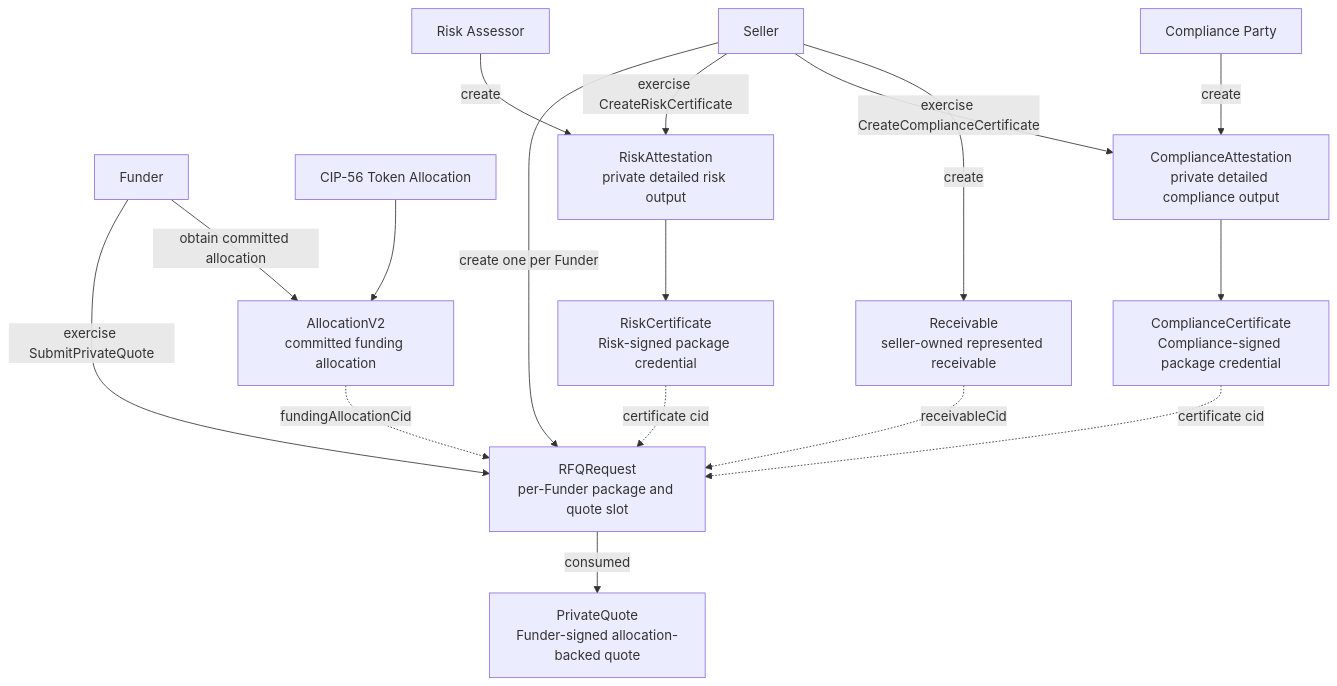
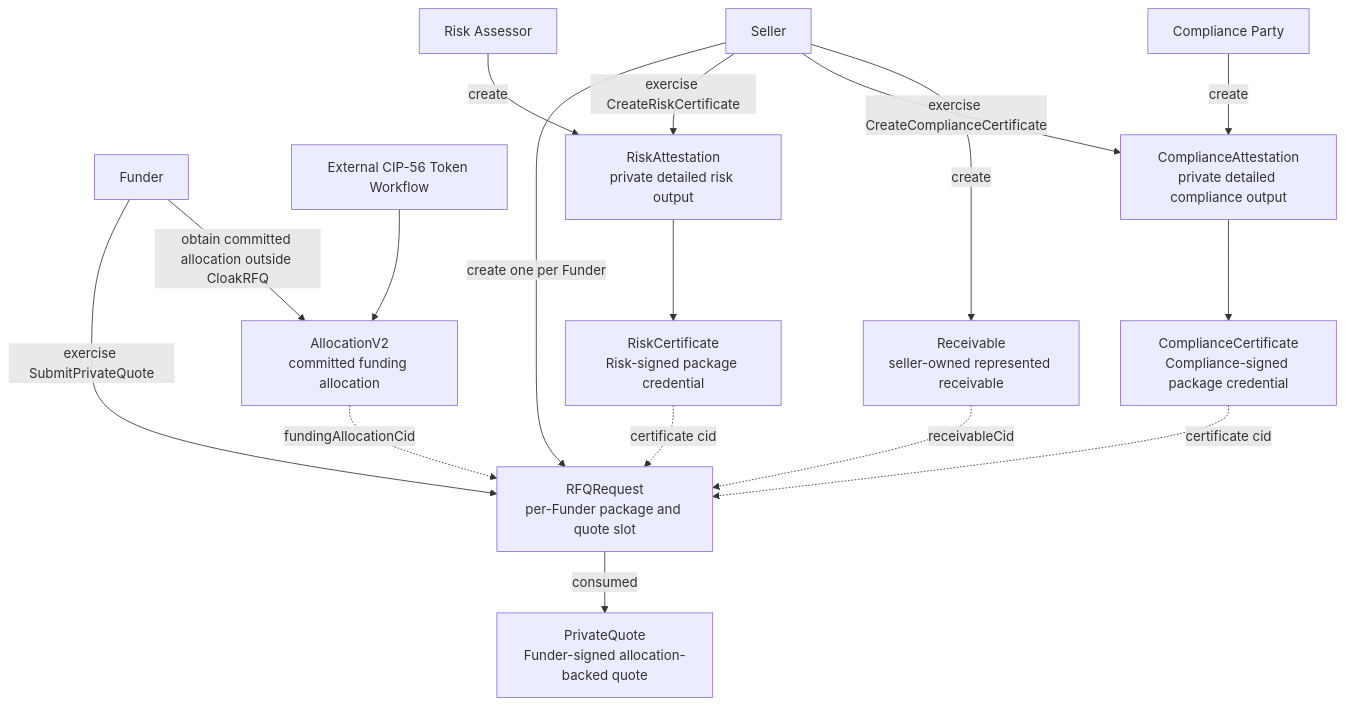
One commit to no-witness-labs/canton-hackathon-cloakRFQ changed the second of 8 diagrams in docs/technical-design/004-workflow-diagrams.md. Above: the diagram before and after it, drawn with Mermaid. The commit also changed other lines of this file, not shown here.

Commit message:
docs: clarify phase 2 workflow diagrams

````diff
--- a/docs/technical-design/004-workflow-diagrams.md
+++ b/docs/technical-design/004-workflow-diagrams.md
@@ -23,36 +23,36 @@
 ```mermaid
 flowchart TD
     Seller["Seller"]
     Compliance["Compliance Party"]
     Risk["Risk Assessor"]
     Funder["Funder"]
-    Token["CIP-56 Token Allocation"]
+    Token["External CIP-56 Token Workflow"]
 
     R["Receivable<br/>seller-owned represented receivable"]
     CA["ComplianceAttestation<br/>private detailed compliance output"]
     CC["ComplianceCertificate<br/>Compliance-signed package credential"]
     RA["RiskAttestation<br/>private detailed risk output"]
     RC["RiskCertificate<br/>Risk-signed package credential"]
     RFQ["RFQRequest<br/>per-Funder package and quote slot"]
     ALLOC["AllocationV2<br/>committed funding allocation"]
     PQ["PrivateQuote<br/>Funder-signed allocation-backed quote"]
 
     Seller -->|"create"| R
     Compliance -->|"create"| CA
     Seller -->|"exercise CreateComplianceCertificate"| CA
     CA --> CC
     Risk -->|"create"| RA
     Seller -->|"exercise CreateRiskCertificate"| RA
     RA --> RC
     Seller -->|"create one per Funder"| RFQ
 
     R -. "receivableCid" .-> RFQ
     CC -. "certificate cid" .-> RFQ
     RC -. "certificate cid" .-> RFQ
 
-    Funder -->|"obtain committed allocation"| ALLOC
+    Funder -->|"obtain committed allocation outside CloakRFQ"| ALLOC
     Token --> ALLOC
     Funder -->|"exercise SubmitPrivateQuote"| RFQ
     ALLOC -. "fundingAllocationCid" .-> RFQ
     RFQ -->|"consumed"| PQ
 ```
````
